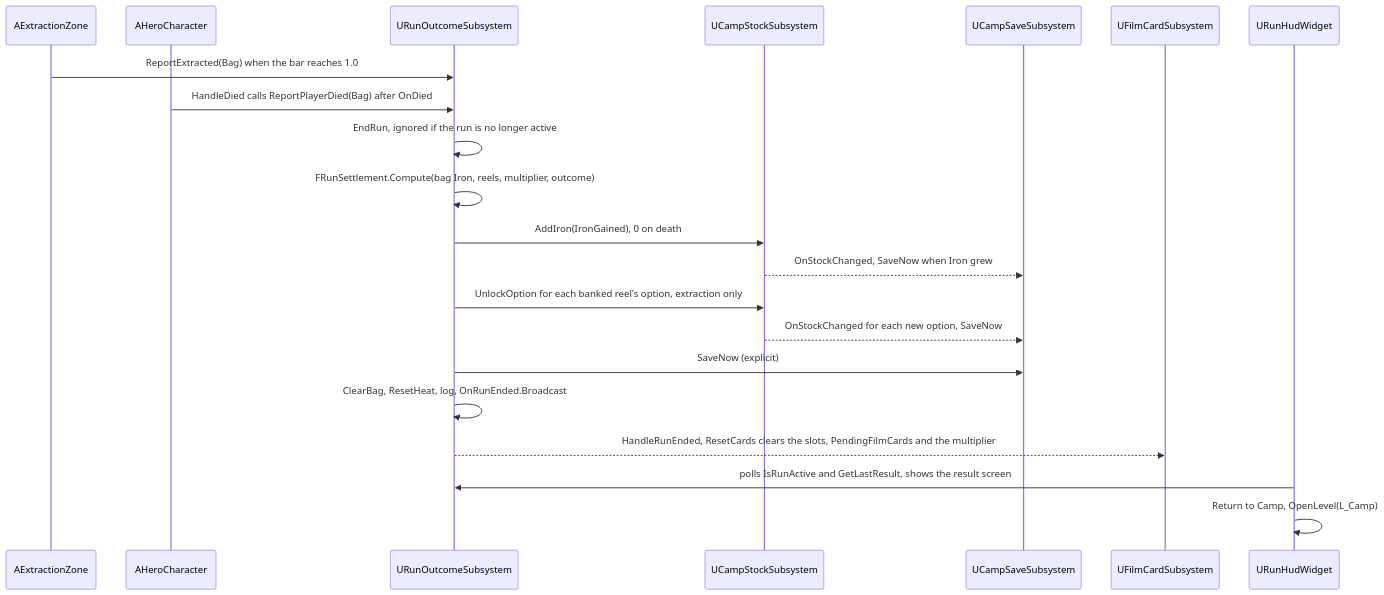
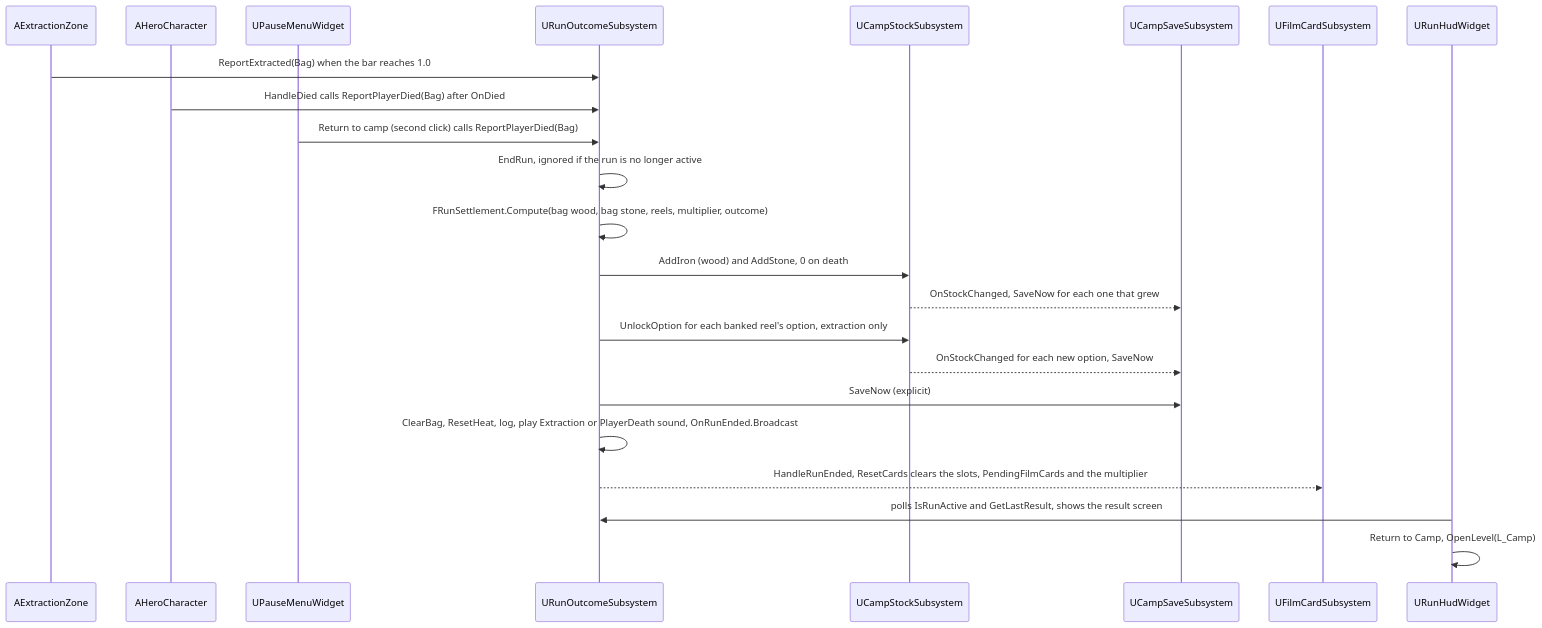
The fourth of 6 diagrams in docs/wiki/architecture.md (Huangyu-Shen/2026-epic-gamejam), drawn with Mermaid before and after one commit. The commit also changed other lines of this file and 8 other files, not shown here.

````diff
--- a/docs/wiki/architecture.md
+++ b/docs/wiki/architecture.md
@@ -191,23 +233,25 @@
 ```mermaid
 sequenceDiagram
   participant Z as AExtractionZone
   participant H as AHeroCharacter
+  participant PM as UPauseMenuWidget
   participant R as URunOutcomeSubsystem
   participant S as UCampStockSubsystem
   participant V as UCampSaveSubsystem
   participant F as UFilmCardSubsystem
   participant HUD as URunHudWidget
   Z->>R: ReportExtracted(Bag) when the bar reaches 1.0
   H->>R: HandleDied calls ReportPlayerDied(Bag) after OnDied
+  PM->>R: Return to camp (second click) calls ReportPlayerDied(Bag)
   R->>R: EndRun, ignored if the run is no longer active
-  R->>R: FRunSettlement.Compute(bag Iron, reels, multiplier, outcome)
-  R->>S: AddIron(IronGained), 0 on death
-  S-->>V: OnStockChanged, SaveNow when Iron grew
+  R->>R: FRunSettlement.Compute(bag wood, bag stone, reels, multiplier, outcome)
+  R->>S: AddIron (wood) and AddStone, 0 on death
+  S-->>V: OnStockChanged, SaveNow for each one that grew
   R->>S: UnlockOption for each banked reel's option, extraction only
   S-->>V: OnStockChanged for each new option, SaveNow
   R->>V: SaveNow (explicit)
-  R->>R: ClearBag, ResetHeat, log, OnRunEnded.Broadcast
+  R->>R: ClearBag, ResetHeat, log, play Extraction or PlayerDeath sound, OnRunEnded.Broadcast
   R-->>F: HandleRunEnded, ResetCards clears the slots, PendingFilmCards and the multiplier
   HUD->>R: polls IsRunActive and GetLastResult, shows the result screen
   HUD->>HUD: Return to Camp, OpenLevel(L_Camp)
 ```
````
